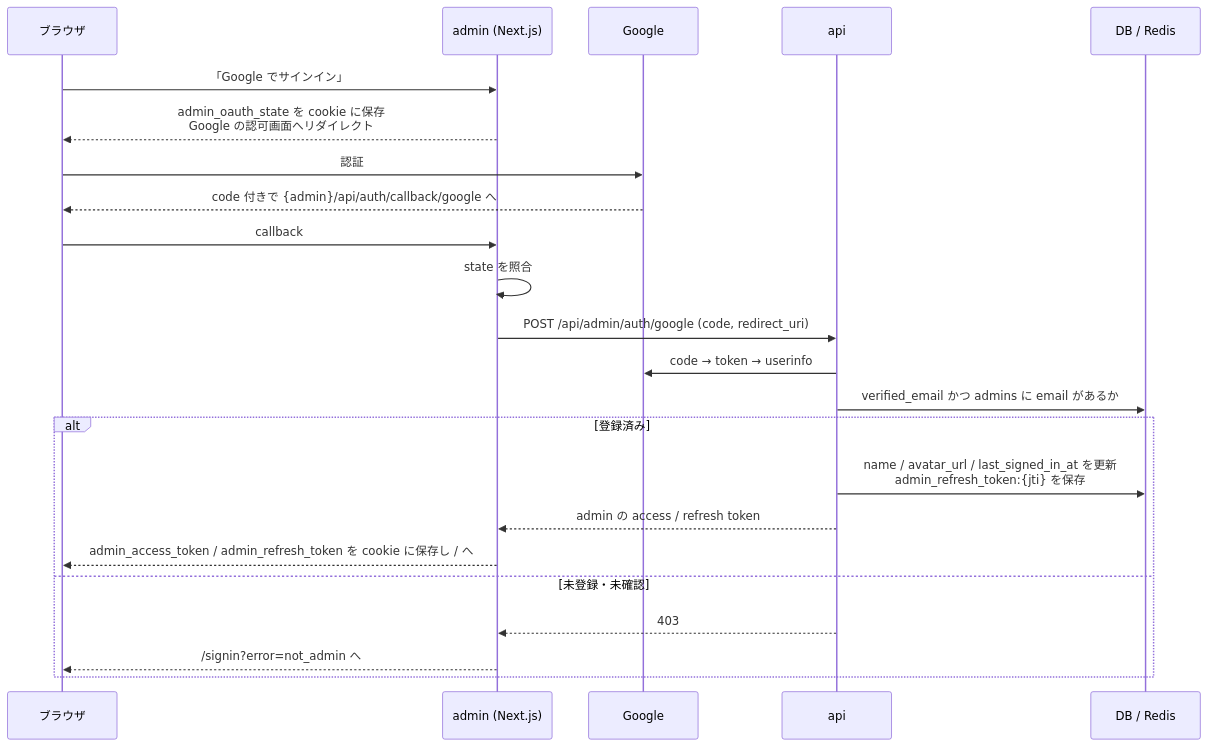
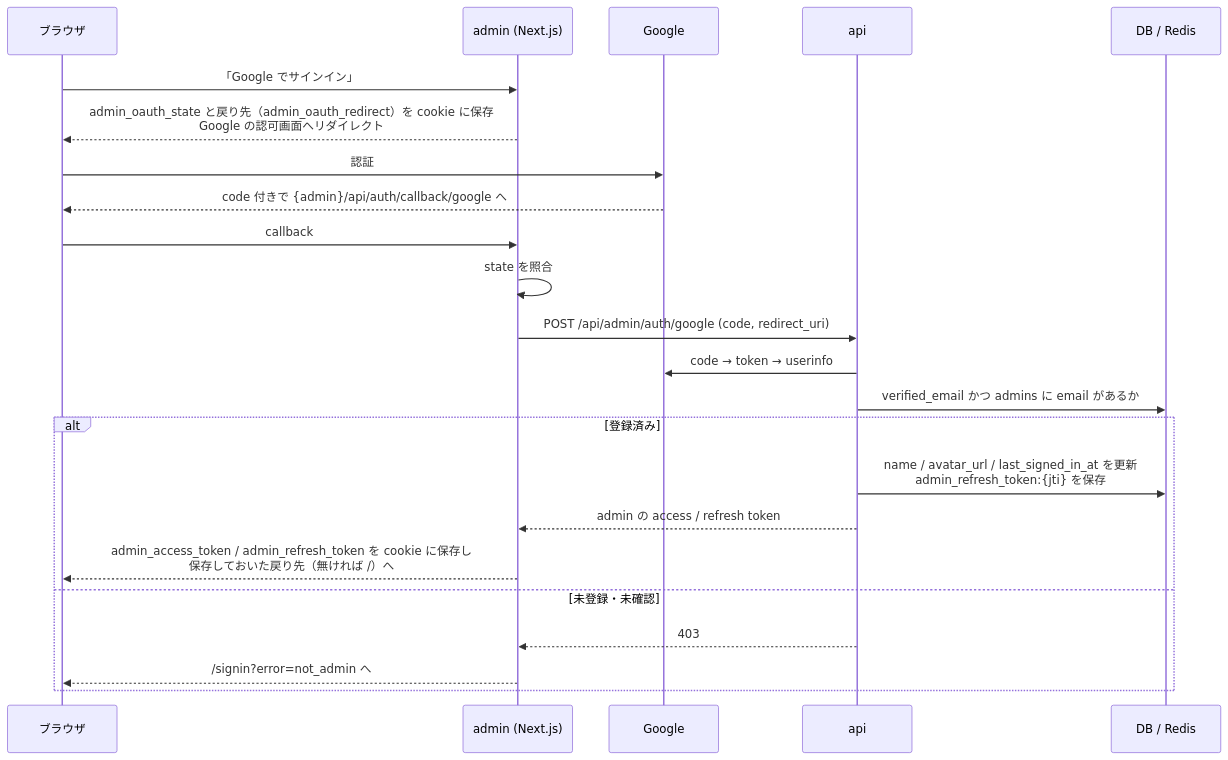
The third of 4 diagrams in docs/spec/admin-template/README.md (kentakki416/project-template), drawn with Mermaid before and after one commit. The commit also changed other lines of this file and 6 other files, not shown here.

````diff
--- a/docs/spec/admin-template/README.md
+++ b/docs/spec/admin-template/README.md
@@ -377,26 +382,26 @@
 ```mermaid
 sequenceDiagram
     participant B as ブラウザ
     participant A as admin (Next.js)
     participant G as Google
     participant API as api
     participant DB as DB / Redis
 
     B->>A: 「Google でサインイン」
-    A-->>B: admin_oauth_state を cookie に保存<br/>Google の認可画面へリダイレクト
+    A-->>B: admin_oauth_state と戻り先（admin_oauth_redirect）を cookie に保存<br/>Google の認可画面へリダイレクト
     B->>G: 認証
     G-->>B: code 付きで {admin}/api/auth/callback/google へ
     B->>A: callback
     A->>A: state を照合
     A->>API: POST /api/admin/auth/google (code, redirect_uri)
     API->>G: code → token → userinfo
     API->>DB: verified_email かつ admins に email があるか
     alt 登録済み
         API->>DB: name / avatar_url / last_signed_in_at を更新<br/>admin_refresh_token:{jti} を保存
         API-->>A: admin の access / refresh token
-        A-->>B: admin_access_token / admin_refresh_token を cookie に保存し / へ
+        A-->>B: admin_access_token / admin_refresh_token を cookie に保存し<br/>保存しておいた戻り先（無ければ /）へ
     else 未登録・未確認
         API-->>A: 403
         A-->>B: /signin?error=not_admin へ
     end
 ```
````
